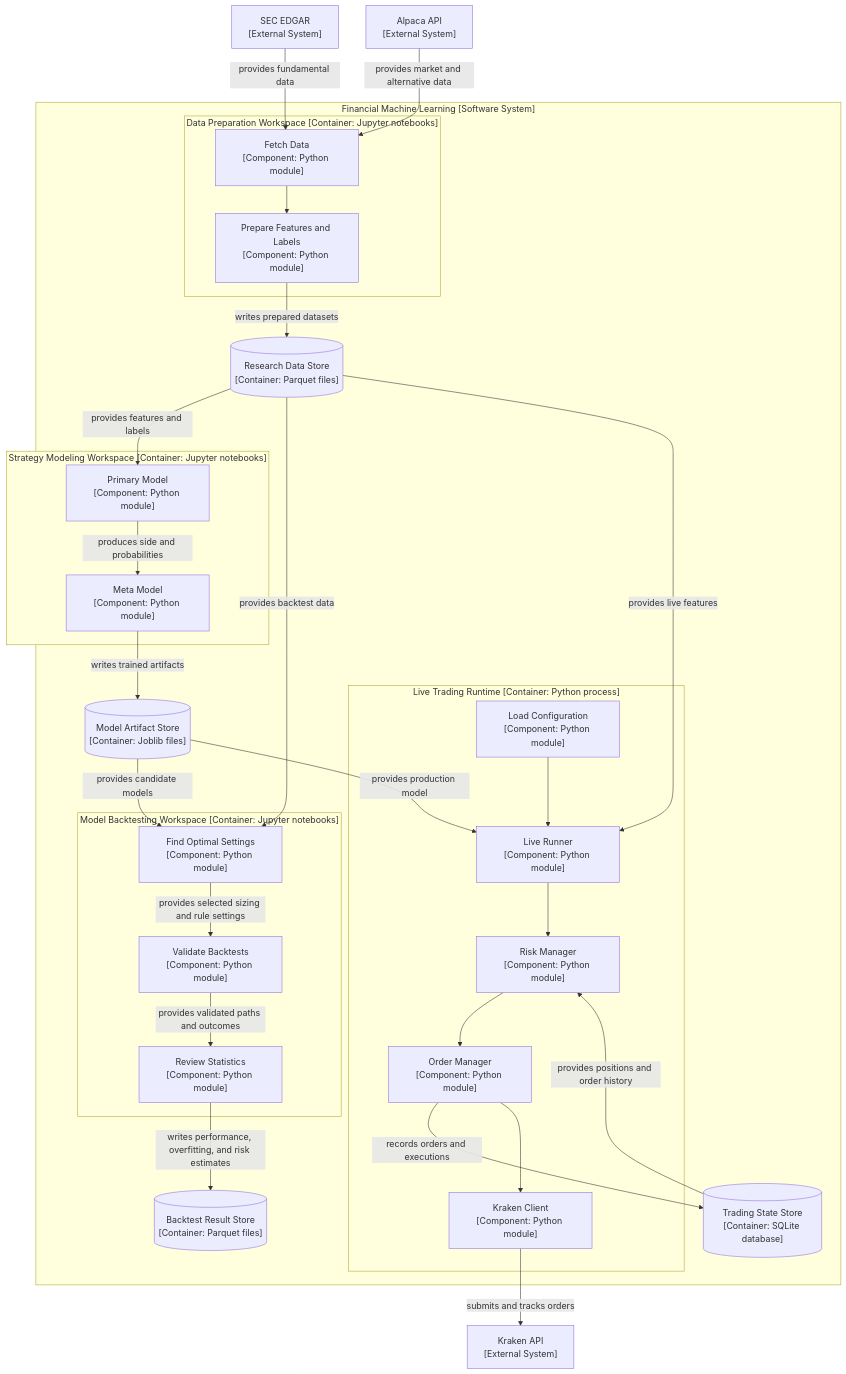
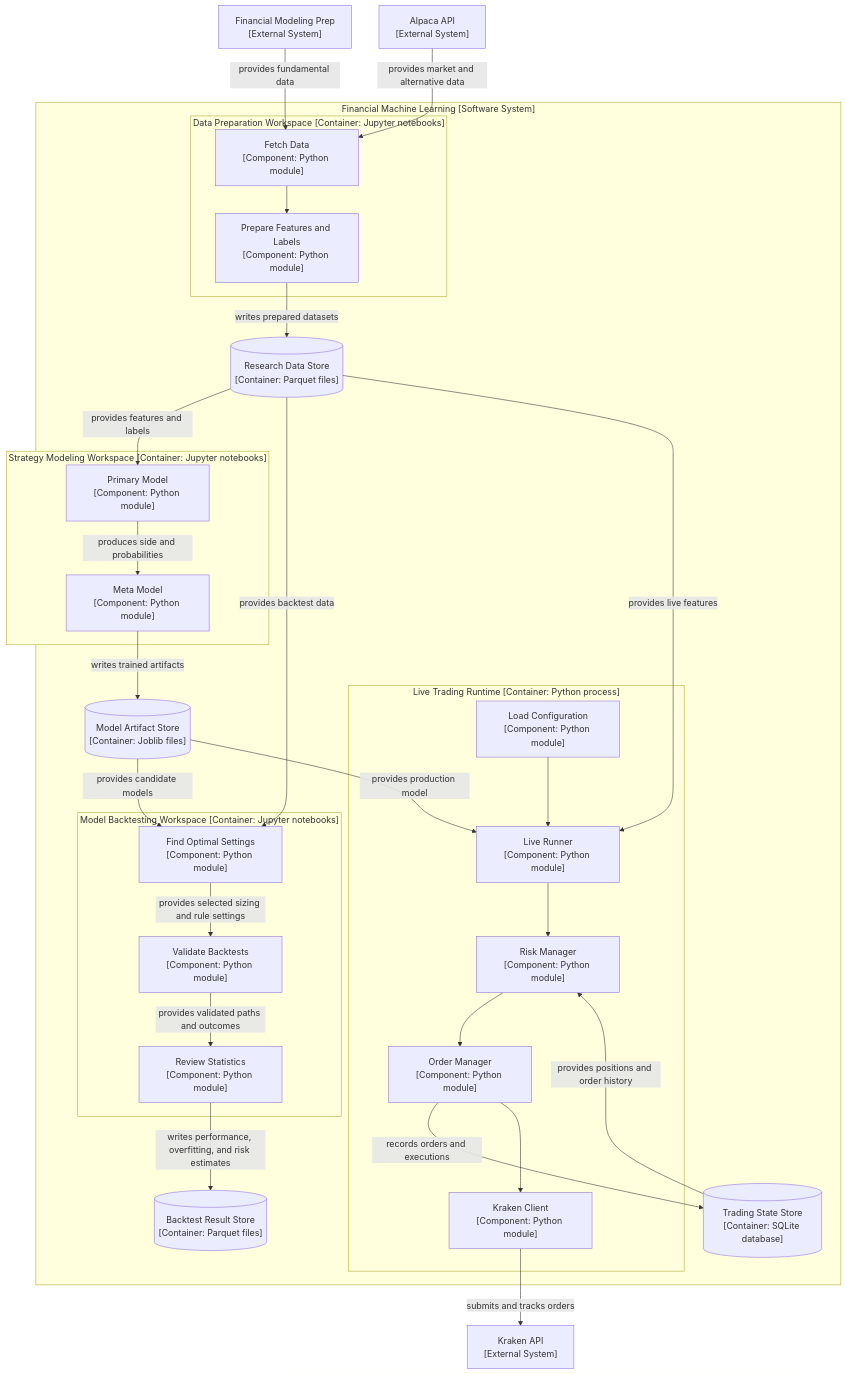
One commit to kwonjunhyuk9/financial-machine-learning changed the third of 3 diagrams in docs/architecture.md. Above: the diagram before and after it, drawn with Mermaid. The commit also changed other lines of this file and 20 other files, not shown here.

````diff
--- a/docs/architecture.md
+++ b/docs/architecture.md
@@ -85,59 +85,59 @@
 ```mermaid
 flowchart TD
-    sec_edgar["SEC EDGAR<br/>[External System]"]
+    fmp["Financial Modeling Prep<br/>[External System]"]
     alpaca["Alpaca API<br/>[External System]"]
     kraken["Kraken API<br/>[External System]"]
 
     subgraph system["Financial Machine Learning [Software System]"]
         data_store[("Research Data Store<br/>[Container: Parquet files]")]
         model_store[("Model Artifact Store<br/>[Container: Joblib files]")]
         result_store[("Backtest Result Store<br/>[Container: Parquet files]")]
         trading_state_store[("Trading State Store<br/>[Container: SQLite database]")]
 
         subgraph prep_workspace["Data Preparation Workspace [Container: Jupyter notebooks]"]
             fetch_data["Fetch Data<br/>[Component: Python module]"]
             prepare_data["Prepare Features and Labels<br/>[Component: Python module]"]
         end
 
         subgraph strategy_workspace["Strategy Modeling Workspace [Container: Jupyter notebooks]"]
             primary_model["Primary Model<br/>[Component: Python module]"]
             meta_model["Meta Model<br/>[Component: Python module]"]
         end
 
         subgraph backtest_workspace["Model Backtesting Workspace [Container: Jupyter notebooks]"]
             find_settings["Find Optimal Settings<br/>[Component: Python module]"]
             validate_backtests["Validate Backtests<br/>[Component: Python module]"]
             review_statistics["Review Statistics<br/>[Component: Python module]"]
         end
 
         subgraph live_workspace["Live Trading Runtime [Container: Python process]"]
             load_config["Load Configuration<br/>[Component: Python module]"]
             live_runner["Live Runner<br/>[Component: Python module]"]
             check_risk["Risk Manager<br/>[Component: Python module]"]
             manage_orders["Order Manager<br/>[Component: Python module]"]
             kraken_client["Kraken Client<br/>[Component: Python module]"]
         end
     end
 
-    sec_edgar -->|" provides fundamental data "| fetch_data
+    fmp -->|" provides fundamental data "| fetch_data
     alpaca -->|" provides market and alternative data "| fetch_data
     fetch_data --> prepare_data
     prepare_data -->|" writes prepared datasets "| data_store
     data_store -->|" provides features and labels "| primary_model
     primary_model -->|" produces side and probabilities "| meta_model
     meta_model -->|" writes trained artifacts "| model_store
     data_store -->|" provides backtest data "| find_settings
     model_store -->|" provides candidate models "| find_settings
     find_settings -->|" provides selected sizing and rule settings "| validate_backtests
     validate_backtests -->|" provides validated paths and outcomes "| review_statistics
     review_statistics -->|" writes performance, overfitting, and risk estimates "| result_store
     data_store -->|" provides live features "| live_runner
     model_store -->|" provides production model "| live_runner
     trading_state_store -->|" provides positions and order history "| check_risk
     load_config --> live_runner
     live_runner --> check_risk
     check_risk --> manage_orders
     manage_orders -->|" records orders and executions "| trading_state_store
     manage_orders --> kraken_client
     kraken_client -->|" submits and tracks orders "| kraken
 ```
````
